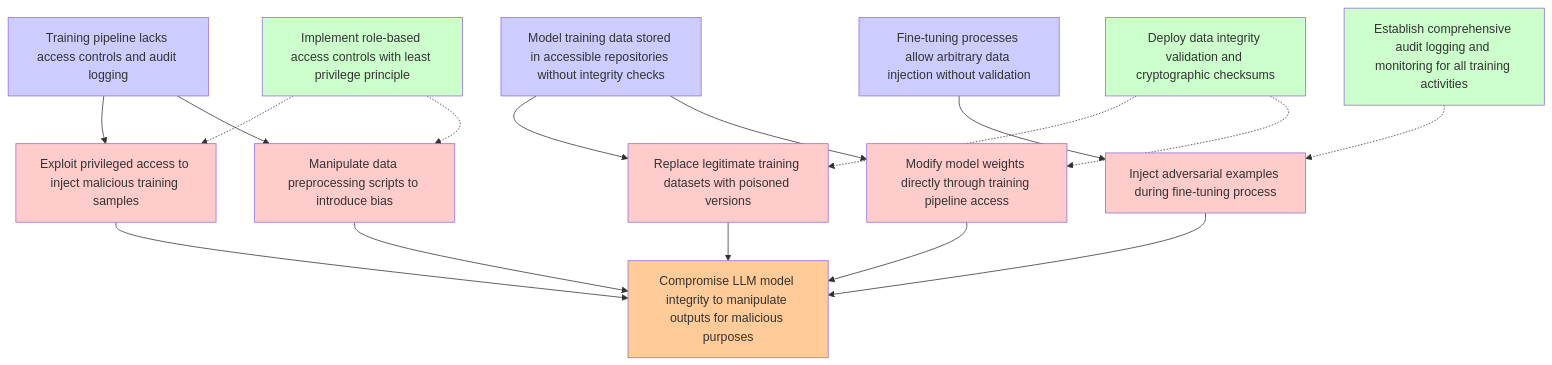
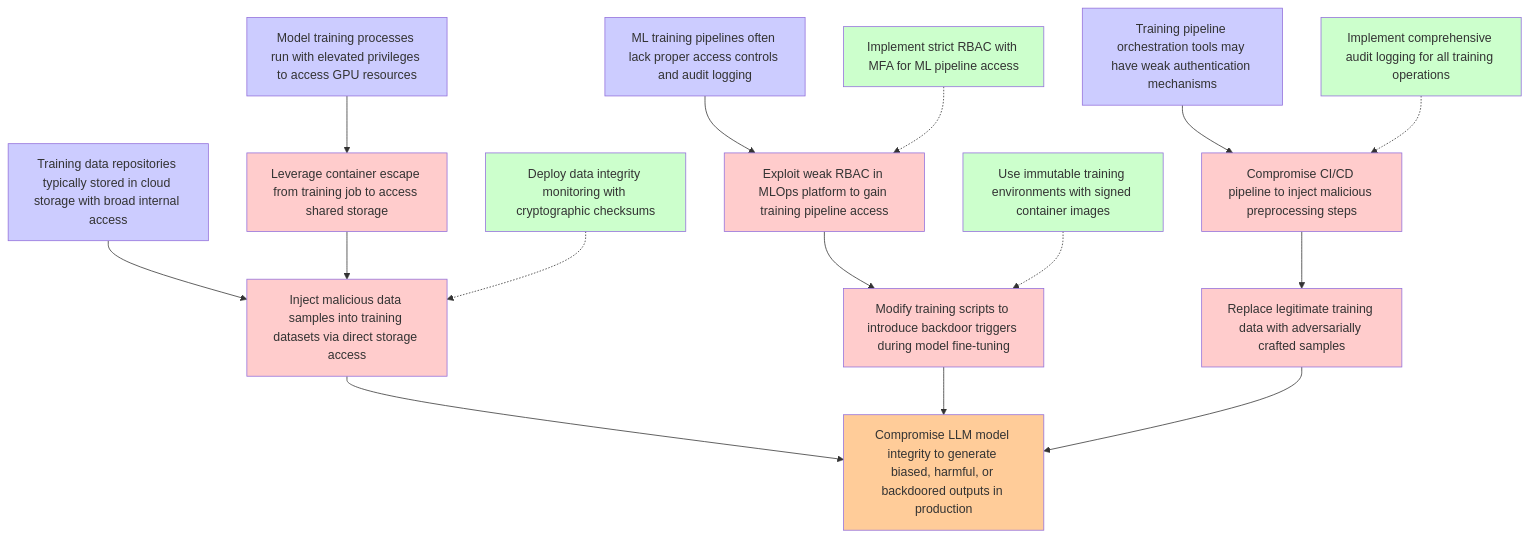
One commit to aws-samples/sample-agentic-attack-tree-generator changed the diagram in kiro-threatforest-agentic/threatforest-strands/outputs/complete_workflow_test/attack_tree_T9.md. Above: the diagram before and after it, drawn with Mermaid. The commit also changed other lines of this file and 7 other files, not shown here.

````diff
--- a/kiro-threatforest-agentic/threatforest-strands/outputs/complete_workflow_test/attack_tree_T9.md
+++ b/kiro-threatforest-agentic/threatforest-strands/outputs/complete_workflow_test/attack_tree_T9.md
@@ -8,46 +8,47 @@
 ```mermaid
 graph TD
-    goal["Compromise LLM model integrity to manipulate outputs for malicious purposes"]
+    goal["Compromise LLM model integrity to generate biased, harmful, or backdoored outputs in production"]
     
-    fact1["Training pipeline lacks access controls and audit logging"]
-    fact2["Model training data stored in accessible repositories without integrity checks"]
-    fact3["Fine-tuning processes allow arbitrary data injection without validation"]
+    fact1["ML training pipelines often lack proper access controls and audit logging"]
+    fact2["Training data repositories typically stored in cloud storage with broad internal access"]
+    fact3["Model training processes run with elevated privileges to access GPU resources"]
+    fact4["Training pipeline orchestration tools may have weak authentication mechanisms"]
     
-    attack1["Exploit privileged access to inject malicious training samples"]
-    attack2["Manipulate data preprocessing scripts to introduce bias"]
-    attack3["Replace legitimate training datasets with poisoned versions"]
-    attack4["Inject adversarial examples during fine-tuning process"]
-    attack5["Modify model weights directly through training pipeline access"]
+    attack1["Exploit weak RBAC in MLOps platform to gain training pipeline access"]
+    attack2["Inject malicious data samples into training datasets via direct storage access"]
+    attack3["Modify training scripts to introduce backdoor triggers during model fine-tuning"]
+    attack4["Replace legitimate training data with adversarially crafted samples"]
+    attack5["Compromise CI/CD pipeline to inject malicious preprocessing steps"]
+    attack6["Leverage container escape from training job to access shared storage"]
     
-    mitigation1["Implement role-based access controls with least privilege principle"]
-    mitigation2["Deploy data integrity validation and cryptographic checksums"]
-    mitigation3["Establish comprehensive audit logging and monitoring for all training activities"]
+    mitigation1["Implement strict RBAC with MFA for ML pipeline access"]
+    mitigation2["Deploy data integrity monitoring with cryptographic checksums"]
+    mitigation3["Use immutable training environments with signed container images"]
+    mitigation4["Implement comprehensive audit logging for all training operations"]
     
     fact1 --> attack1
-    fact1 --> attack2
-    fact2 --> attack3
-    fact2 --> attack5
-    fact3 --> attack4
-    
-    attack1 --> goal
+    fact2 --> attack2
+    fact3 --> attack6
+    fact4 --> attack5
+    attack1 --> attack3
     attack2 --> goal
     attack3 --> goal
     attack4 --> goal
-    attack5 --> goal
+    attack5 --> attack4
+    attack6 --> attack2
     
     mitigation1 -.-> attack1
-    mitigation1 -.-> attack2
-    mitigation2 -.-> attack3
-    mitigation2 -.-> attack5
-    mitigation3 -.-> attack4
+    mitigation2 -.-> attack2
+    mitigation3 -.-> attack3
+    mitigation4 -.-> attack5
     
     classDef attack fill:#ffcccc
     classDef mitigation fill:#ccffcc
     classDef goal fill:#ffcc99
     classDef fact fill:#ccccff
     
-    class attack1,attack2,attack3,attack4,attack5 attack
-    class mitigation1,mitigation2,mitigation3 mitigation
+    class attack1,attack2,attack3,attack4,attack5,attack6 attack
+    class mitigation1,mitigation2,mitigation3,mitigation4 mitigation
     class goal goal
-    class fact1,fact2,fact3 fact
+    class fact1,fact2,fact3,fact4 fact
 ```
````
